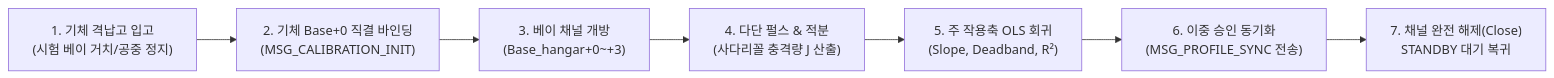
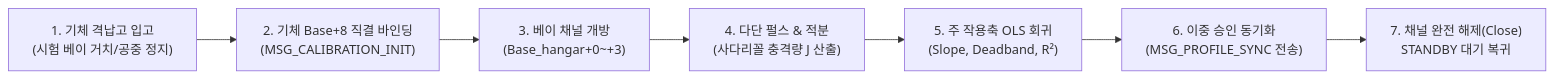
One commit to Polimachi/Aeroneutics_Autopilot changed the first of 5 diagrams in docs/specs/0_development/alignment/ALIGNMENT_PROGRAM_SPECIFICATION.md. Above: the diagram before and after it, drawn with Mermaid. The commit also changed other lines of this file and 10 other files, not shown here.

````diff
--- a/docs/specs/0_development/alignment/ALIGNMENT_PROGRAM_SPECIFICATION.md
+++ b/docs/specs/0_development/alignment/ALIGNMENT_PROGRAM_SPECIFICATION.md
@@ -49,9 +50,9 @@
 ```mermaid
 flowchart LR
-    BAY["1. 기체 격납고 입고<br/>(시험 베이 거치/공중 정지)"] --> BIND["2. 기체 Base+0 직결 바인딩<br/>(MSG_CALIBRATION_INIT)"]
+    BAY["1. 기체 격납고 입고<br/>(시험 베이 거치/공중 정지)"] --> BIND["2. 기체 Base+8 직결 바인딩<br/>(MSG_CALIBRATION_INIT)"]
     BIND --> TUNE["3. 베이 채널 개방<br/>(Base_hangar+0~+3)"]
     TUNE --> ALIGN["4. 다단 펄스 & 적분<br/>(사다리꼴 충격량 J 산출)"]
     ALIGN --> OLS["5. 주 작용축 OLS 회귀<br/>(Slope, Deadband, R²)"]
     OLS --> SYNC["6. 이중 승인 동기화<br/>(MSG_PROFILE_SYNC 전송)"]
     SYNC --> RELEASE["7. 채널 완전 해제(Close)<br/>STANDBY 대기 복귀"]
 ```
````
